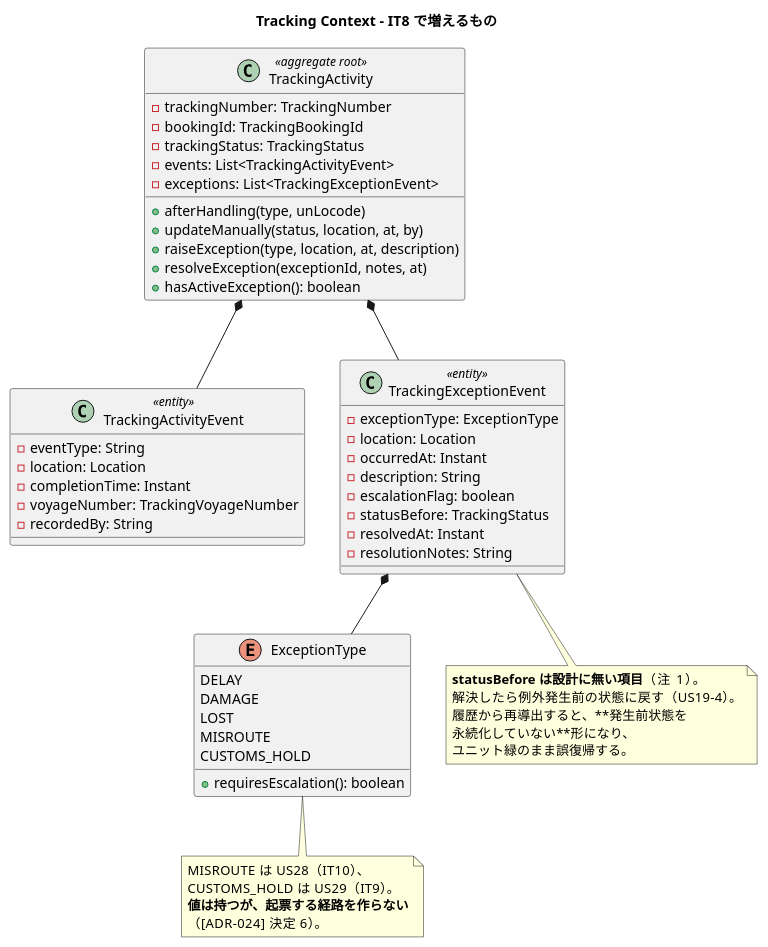
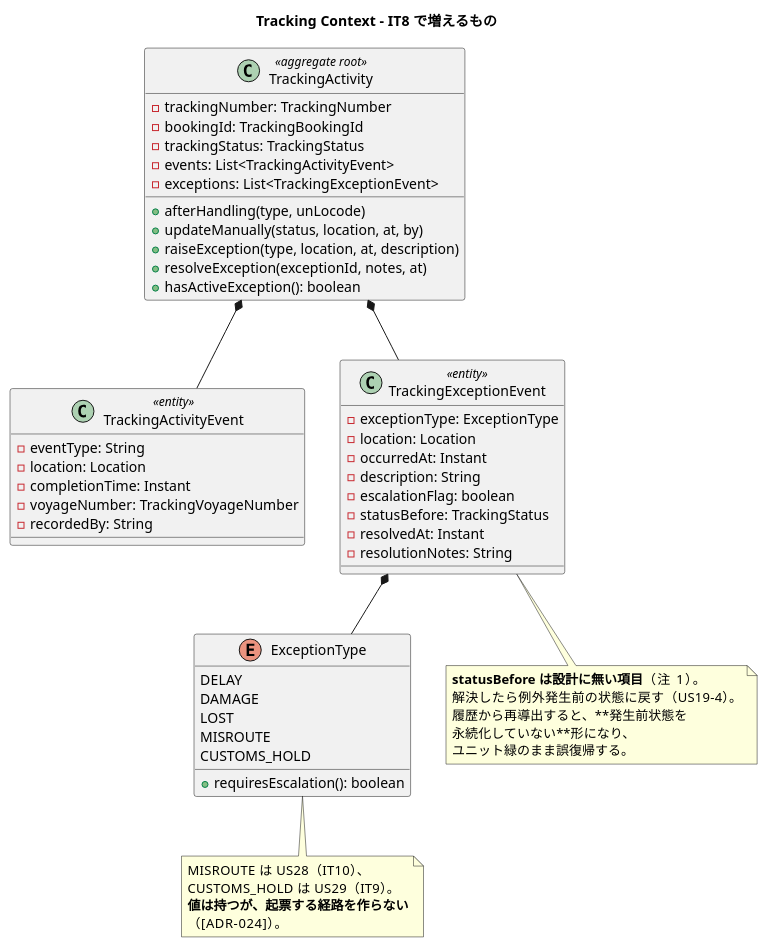
One commit to k2works/case-study-cargo-tracker changed the first of 4 diagrams in docs/development/iteration_plan-8.md. Above: the diagram before and after it, drawn with PlantUML. The commit also changed other lines of this file, not shown here.

````diff
--- a/docs/development/iteration_plan-8.md
+++ b/docs/development/iteration_plan-8.md
@@ -120,65 +130,65 @@
 ```plantuml
 @startuml
 title Tracking Context - IT8 で増えるもの
 
 class TrackingActivity <<aggregate root>> {
   -trackingNumber: TrackingNumber
   -bookingId: TrackingBookingId
   -trackingStatus: TrackingStatus
   -events: List<TrackingActivityEvent>
   -exceptions: List<TrackingExceptionEvent>
   +afterHandling(type, unLocode)
   +updateManually(status, location, at, by)
   +raiseException(type, location, at, description)
   +resolveException(exceptionId, notes, at)
   +hasActiveException(): boolean
 }
 
 class TrackingActivityEvent <<entity>> {
   -eventType: String
   -location: Location
   -completionTime: Instant
   -voyageNumber: TrackingVoyageNumber
   -recordedBy: String
 }
 
 class TrackingExceptionEvent <<entity>> {
   -exceptionType: ExceptionType
   -location: Location
   -occurredAt: Instant
   -description: String
   -escalationFlag: boolean
   -statusBefore: TrackingStatus
   -resolvedAt: Instant
   -resolutionNotes: String
 }
 
 enum ExceptionType {
   DELAY
   DAMAGE
   LOST
   MISROUTE
   CUSTOMS_HOLD
   +requiresEscalation(): boolean
 }
 
 TrackingActivity *-- TrackingActivityEvent
 TrackingActivity *-- TrackingExceptionEvent
 TrackingExceptionEvent *-- ExceptionType
 
 note bottom of TrackingExceptionEvent
   **statusBefore は設計に無い項目**（注 1）。
   解決したら例外発生前の状態に戻す（US19-4）。
   履歴から再導出すると、**発生前状態を
   永続化していない**形になり、
   ユニット緑のまま誤復帰する。
 end note
 
 note bottom of ExceptionType
   MISROUTE は US28（IT10）、
   CUSTOMS_HOLD は US29（IT9）。
   **値は持つが、起票する経路を作らない**
-  （[ADR-024] 決定 6）。
+  （[ADR-024]）。
 end note
 @enduml
 ```
````
